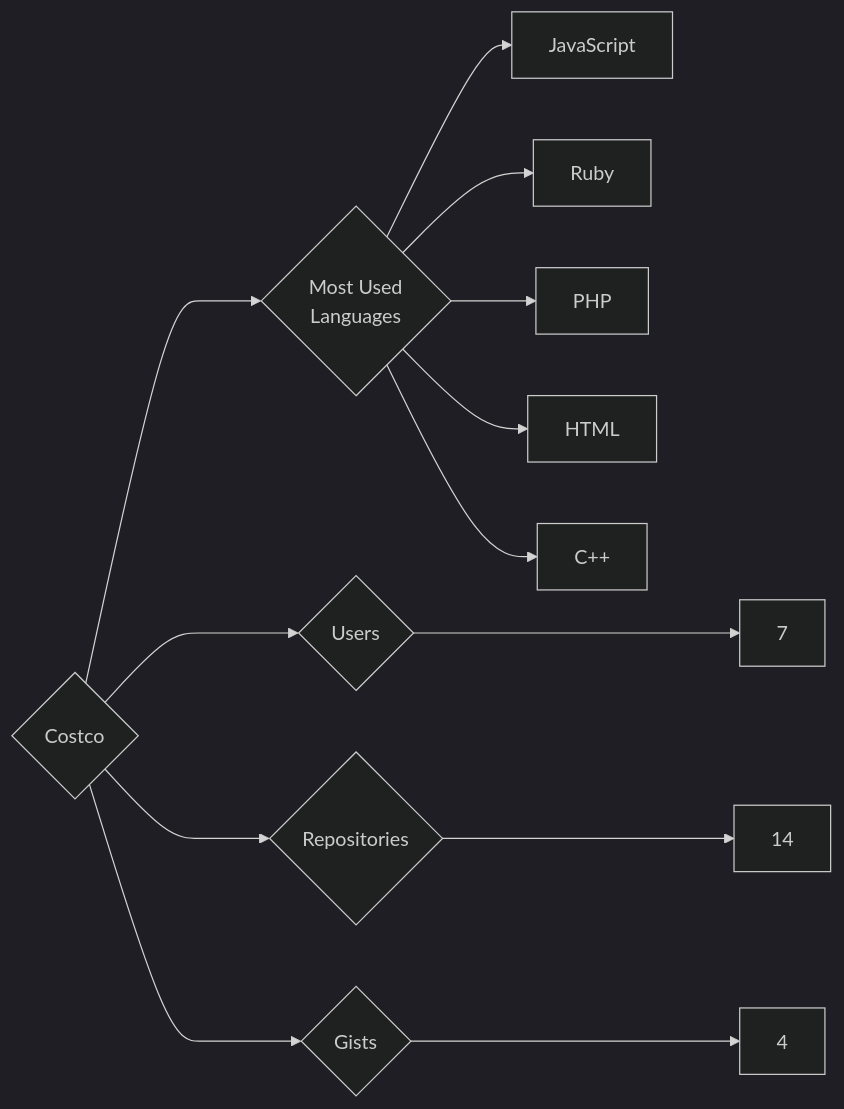
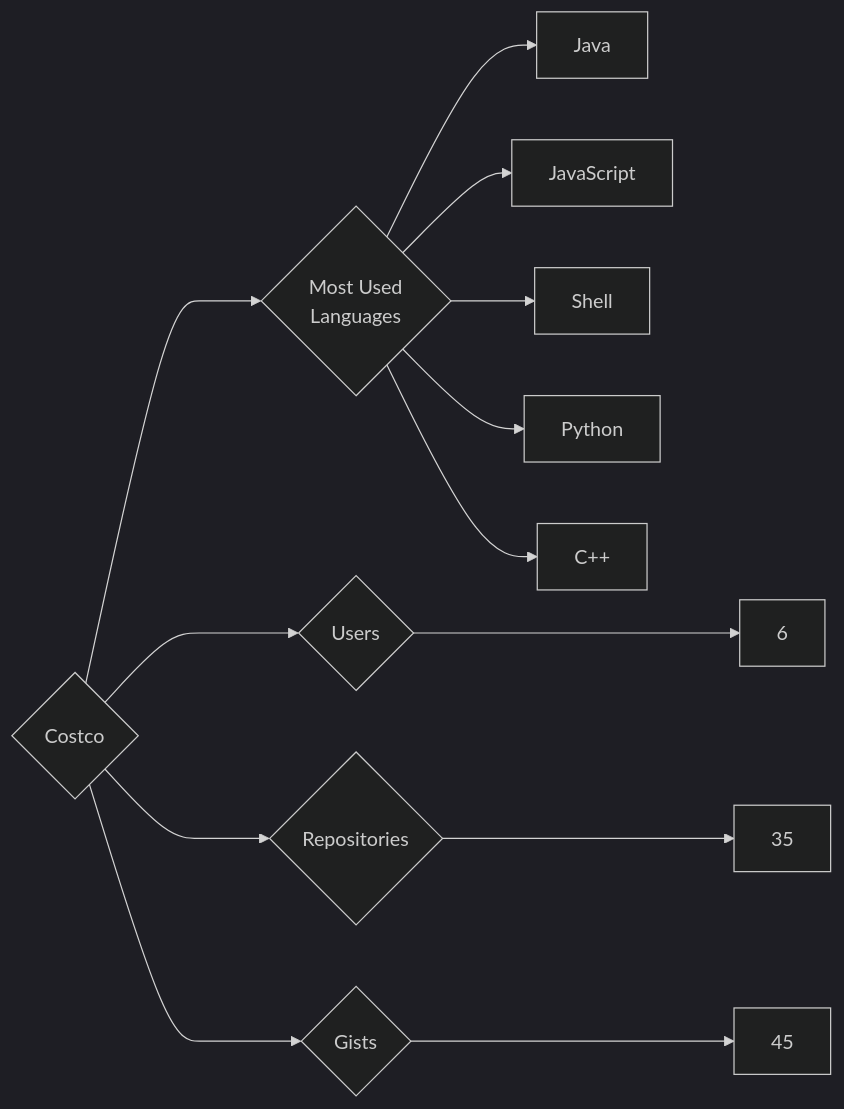
Before and after one commit to trickest/insiders: the diagram in targets/Costco/README.md, drawn with Mermaid (dark theme). The commit also changed 1089 other files, not shown here.

````diff
--- a/targets/Costco/README.md
+++ b/targets/Costco/README.md
@@ -3,13 +3,13 @@
 ```mermaid
 graph LR
 COMPANY_NAME{Costco}
-COMPANY_NAME ---> U{Users} ---> UN[7]
-COMPANY_NAME ---> R{Repositories} ---> RN[14]
-COMPANY_NAME ---> G{Gists} ---> GN[4]
+COMPANY_NAME ---> U{Users} ---> UN[6]
+COMPANY_NAME ---> R{Repositories} ---> RN[35]
+COMPANY_NAME ---> G{Gists} ---> GN[45]
 COMPANY_NAME ---> ML{Most Used<br>Languages}
+ML --> Java[Java]
 ML --> JavaScript[JavaScript]
-ML --> Ruby[Ruby]
-ML --> PHP[PHP]
-ML --> HTML[HTML]
+ML --> Shell[Shell]
+ML --> Python[Python]
 ML --> C++[C++]
 ```
````
